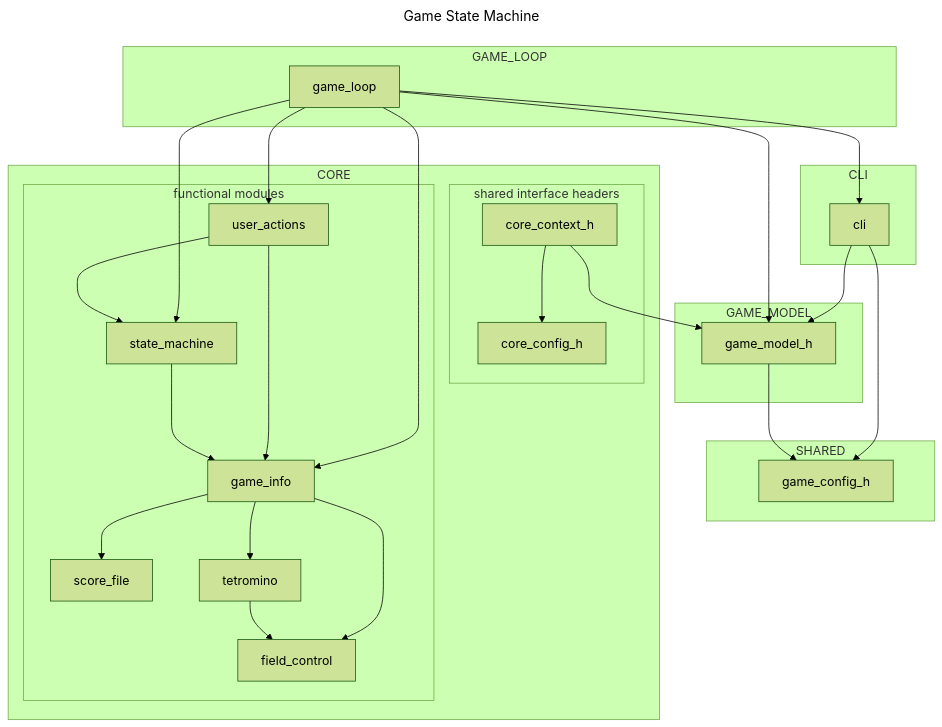
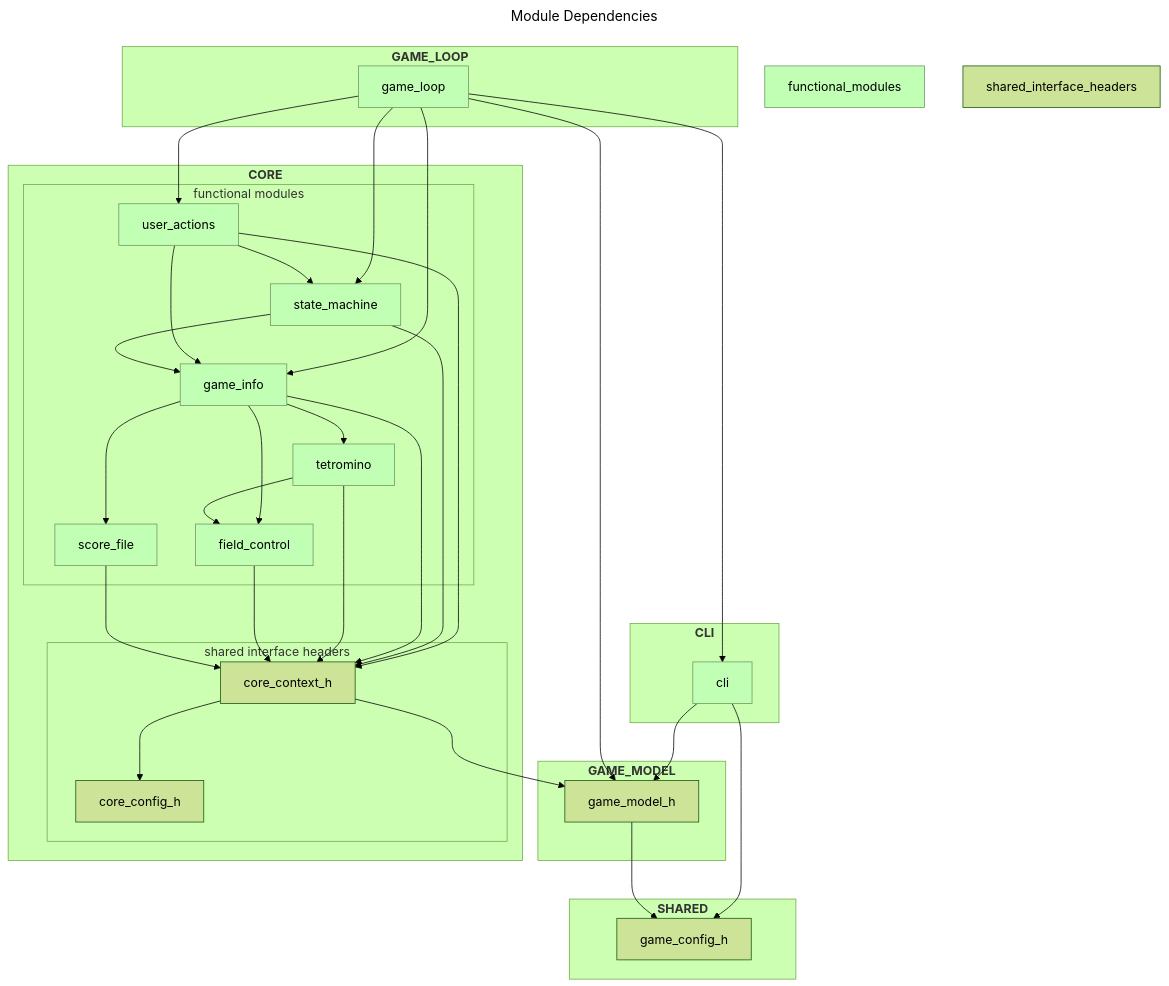
One commit to suzettemyrna/tetris-c changed the second of 2 diagrams in README.md. Above: the diagram before and after it, drawn with Mermaid (forest theme).

````diff
--- a/README.md
+++ b/README.md
@@ -210,59 +210,79 @@
 ```mermaid
 ---
-title: Game State Machine
+title: Module Dependencies
 ---
 flowchart TD
-    subgraph CLI
-    cli
+    subgraph "`**CLI**`"
+        cli
     end
 
-    subgraph SHARED
-    game_config_h
+    subgraph "`**SHARED**`"
+        game_config_h
     end
 
-    subgraph GAME_MODEL
-    game_model_h
+    subgraph "`**GAME_MODEL**`"
+        game_model_h
     end
 
-    subgraph GAME_LOOP
-    game_loop
+    subgraph "`**GAME_LOOP**`"
+        game_loop
     end
 
-    subgraph CORE
-    subgraph shared interface headers
-    core_config_h
-    core_context_h
-    end
-    subgraph functional modules
-    user_actions
-    state_machine
-    game_info
-    score_file
-    tetromino
-    field_control
-    end
+    subgraph "`**CORE**`"
+        subgraph sih:["shared interface headers"]
+            core_config_h
+        core_context_h
+        end
+        subgraph fm:["functional modules"]
+            user_actions
+            state_machine
+            game_info
+            score_file
+            tetromino
+            field_control
+        end
     end
 
+    functional_modules
+    shared_interface_headers
+
+    style functional_modules fill:#C1FFB5, stroke:#6C9662
+
+    style game_loop fill:#C1FFB5, stroke:#6C9662
+    style user_actions fill:#C1FFB5, stroke:#6C9662
+    style state_machine fill:#C1FFB5, stroke:#6C9662
+    style game_info fill:#C1FFB5, stroke:#6C9662
+    style score_file fill:#C1FFB5, stroke:#6C9662
+    style tetromino fill:#C1FFB5, stroke:#6C9662
+    style field_control fill:#C1FFB5, stroke:#6C9662
+    style cli fill:#C1FFB5, stroke:#6C9662
 
     cli --> game_config_h
     cli --> game_model_h
 
     game_model_h --> game_config_h
     
     game_loop --> cli
     game_loop --> user_actions
     game_loop --> state_machine
     game_loop --> game_info
     game_loop --> game_model_h
 
     core_context_h --> core_config_h
     core_context_h --> game_model_h
 
     user_actions --> state_machine
     user_actions --> game_info
     state_machine --> game_info
     game_info --> score_file
     game_info --> tetromino
     game_info --> field_control
     tetromino --> field_control
+
+    user_actions --> core_context_h
+    state_machine --> core_context_h
+    game_info --> core_context_h
+    tetromino --> core_context_h
+    field_control --> core_context_h
+    score_file --> core_context_h
 ```
````
